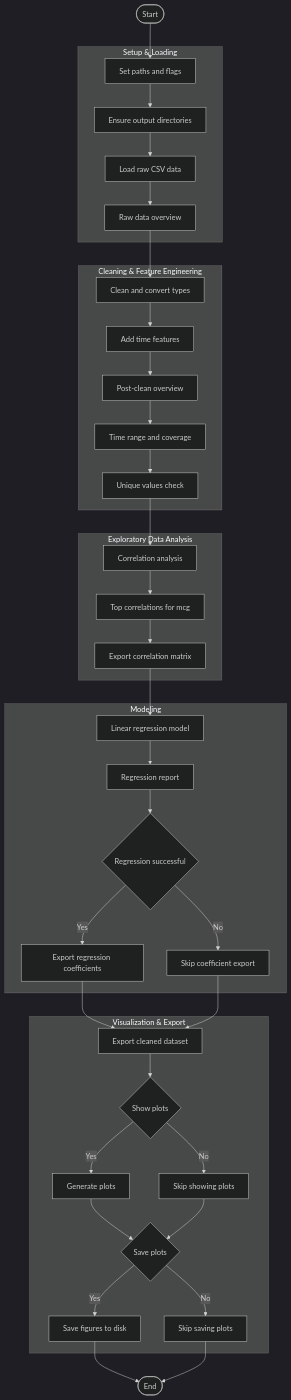
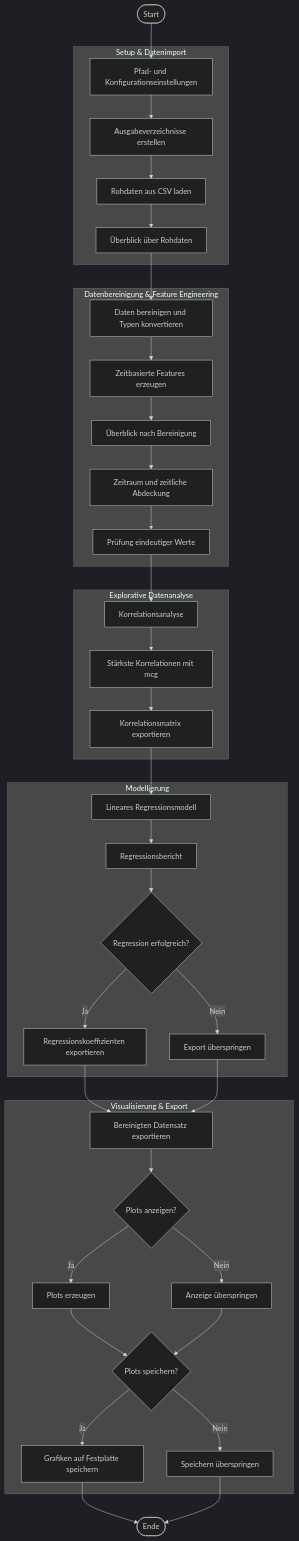
Before and after one commit to nicdia/QStudy_Interdisciplinary_Programming_Applications: the diagram in README.md, drawn with Mermaid (dark theme). The commit also changed 4 other files, not shown here.

Commit message:
changed diagram to german

````diff
--- a/README.md
+++ b/README.md
@@ -30,74 +30,74 @@
 ```mermaid
 flowchart TD
     A([Start])
 
-    subgraph SETUP["Setup & Loading"]
-        B[Set paths and flags]
-        C[Ensure output directories]
-        D[Load raw CSV data]
-        E[Raw data overview]
+    subgraph SETUP["Setup & Datenimport"]
+        B[Pfad- und Konfigurationseinstellungen]
+        C[Ausgabeverzeichnisse erstellen]
+        D[Rohdaten aus CSV laden]
+        E[Überblick über Rohdaten]
     end
 
-    subgraph CLEANING["Cleaning & Feature Engineering"]
-        F[Clean and convert types]
-        G[Add time features]
-        H[Post-clean overview]
-        I[Time range and coverage]
-        J[Unique values check]
+    subgraph CLEANING["Datenbereinigung & Feature Engineering"]
+        F[Daten bereinigen und Typen konvertieren]
+        G[Zeitbasierte Features erzeugen]
+        H[Überblick nach Bereinigung]
+        I[Zeitraum und zeitliche Abdeckung]
+        J[Prüfung eindeutiger Werte]
     end
 
-    subgraph ANALYSIS["Exploratory Data Analysis"]
-        K[Correlation analysis]
-        L[Top correlations for mcg]
-        M[Export correlation matrix]
+    subgraph ANALYSIS["Explorative Datenanalyse"]
+        K[Korrelationsanalyse]
+        L[Stärkste Korrelationen mit mcg]
+        M[Korrelationsmatrix exportieren]
     end
 
-    subgraph MODEL["Modeling"]
-        N[Linear regression model]
-        O[Regression report]
-        P{Regression successful}
-        Q[Export regression coefficients]
-        R[Skip coefficient export]
+    subgraph MODEL["Modellierung"]
+        N[Lineares Regressionsmodell]
+        O[Regressionsbericht]
+        P{Regression erfolgreich?}
+        Q[Regressionskoeffizienten exportieren]
+        R[Export überspringen]
     end
 
-    subgraph OUTPUT["Visualization & Export"]
-        S[Export cleaned dataset]
-        T{Show plots}
-        U[Generate plots]
-        V[Skip showing plots]
-        W{Save plots}
-        X[Save figures to disk]
-        Y[Skip saving plots]
+    subgraph OUTPUT["Visualisierung & Export"]
+        S[Bereinigten Datensatz exportieren]
+        T{Plots anzeigen?}
+        U[Plots erzeugen]
+        V[Anzeige überspringen]
+        W{Plots speichern?}
+        X[Grafiken auf Festplatte speichern]
+        Y[Speichern überspringen]
     end
 
-    Z([End])
+    Z([Ende])
 
     A --> B
     B --> C
     C --> D
     D --> E
     E --> F
     F --> G
     G --> H
     H --> I
     I --> J
     J --> K
     K --> L
     L --> M
     M --> N
     N --> O
     O --> P
-    P -- Yes --> Q
-    P -- No --> R
+    P -- Ja --> Q
+    P -- Nein --> R
     Q --> S
     R --> S
     S --> T
-    T -- Yes --> U
-    T -- No --> V
+    T -- Ja --> U
+    T -- Nein --> V
     U --> W
     V --> W
-    W -- Yes --> X
-    W -- No --> Y
+    W -- Ja --> X
+    W -- Nein --> Y
     X --> Z
     Y --> Z
 ```
````
